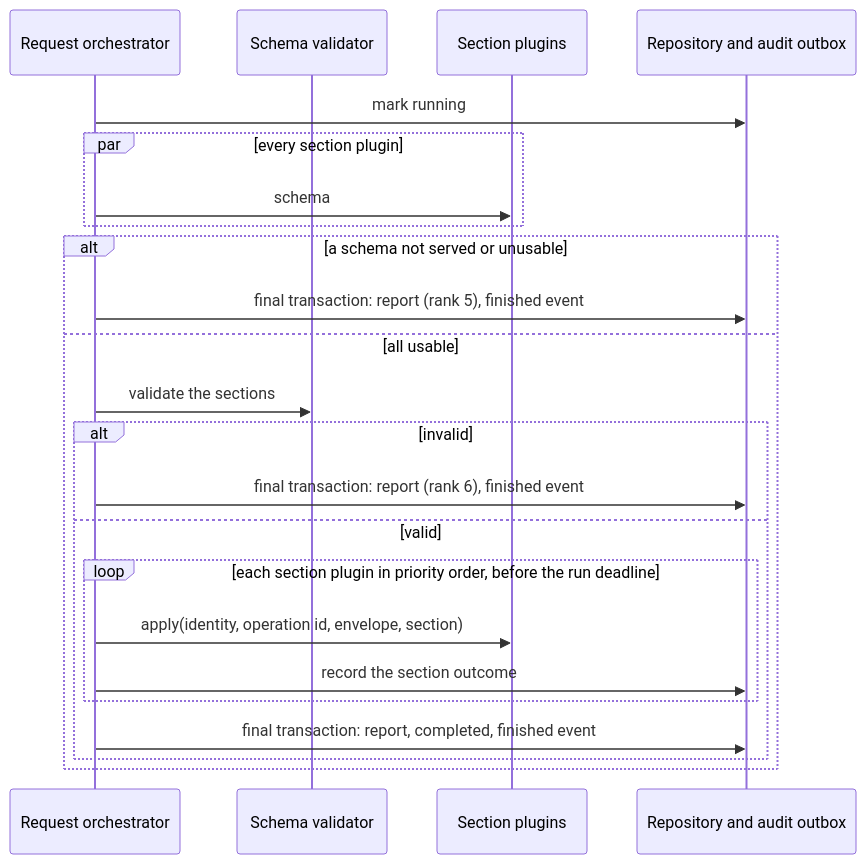
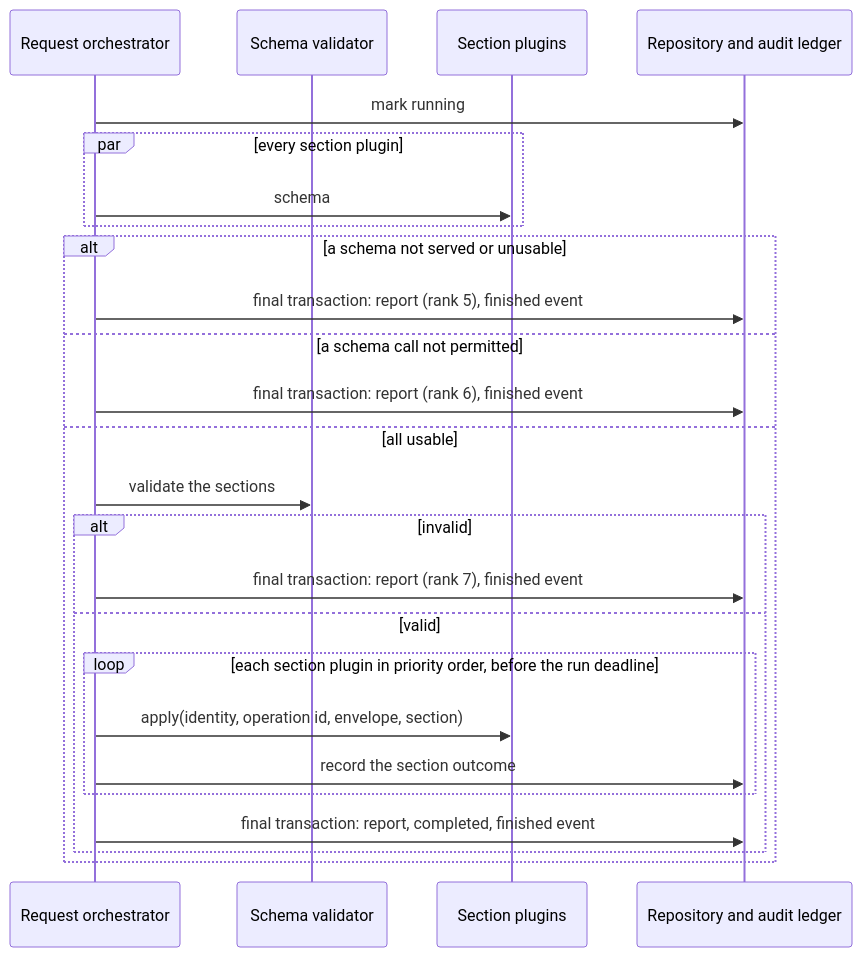
The fifth of 7 diagrams in gears/system/application-manager/docs/DESIGN.md (constructorfabric/gears-rust), drawn with Mermaid before and after one commit. The commit also changed other lines of this file and 8 other files, not shown here.

````diff
--- a/gears/system/application-manager/docs/DESIGN.md
+++ b/gears/system/application-manager/docs/DESIGN.md
@@ -742,25 +751,27 @@
 ```mermaid
 sequenceDiagram
     participant O as Request orchestrator
     participant V as Schema validator
     participant P as Section plugins
-    participant R as Repository and audit outbox
+    participant R as Repository and audit ledger
     O ->> R: mark running
     par every section plugin
         O ->> P: schema
     end
     alt a schema not served or unusable
         O ->> R: final transaction: report (rank 5), finished event
+    else a schema call not permitted
+        O ->> R: final transaction: report (rank 6), finished event
     else all usable
         O ->> V: validate the sections
         alt invalid
-            O ->> R: final transaction: report (rank 6), finished event
+            O ->> R: final transaction: report (rank 7), finished event
         else valid
             loop each section plugin in priority order, before the run deadline
                 O ->> P: apply(identity, operation id, envelope, section)
                 O ->> R: record the section outcome
             end
             O ->> R: final transaction: report, completed, finished event
         end
     end
 ```
````
